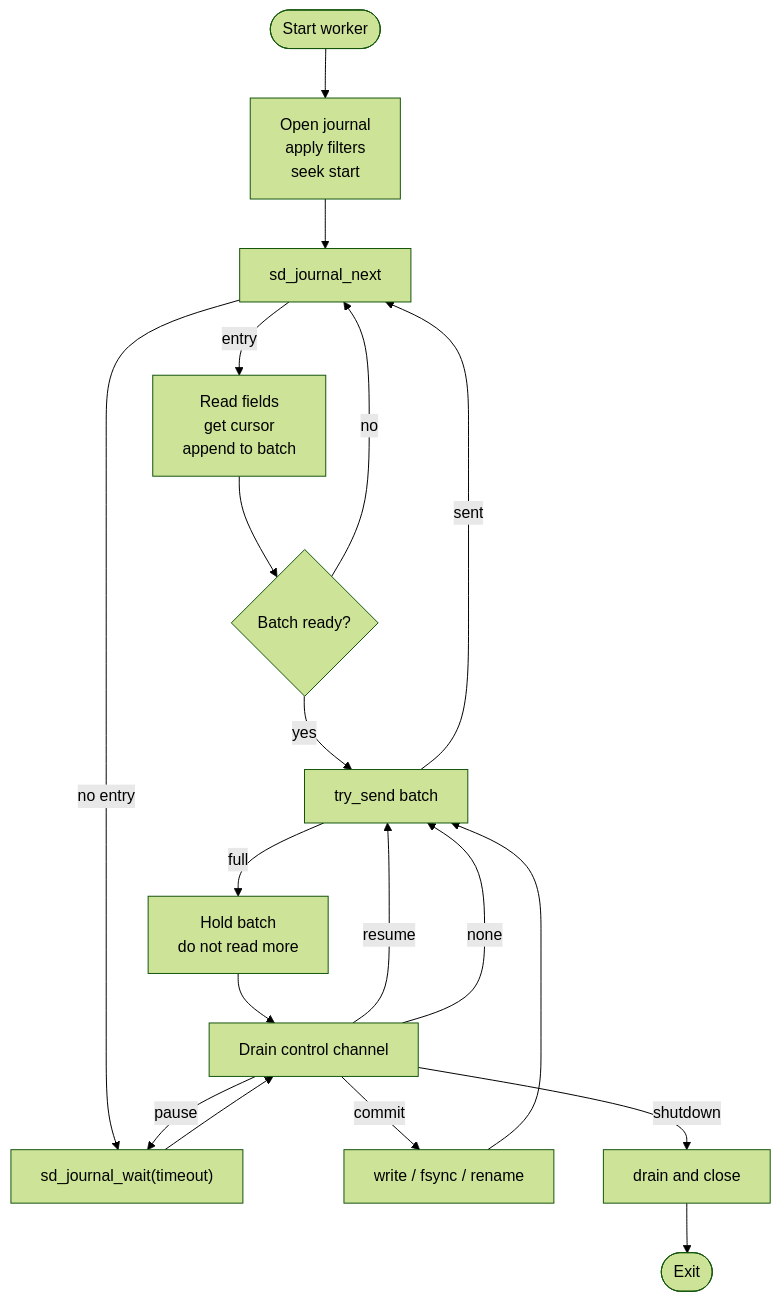
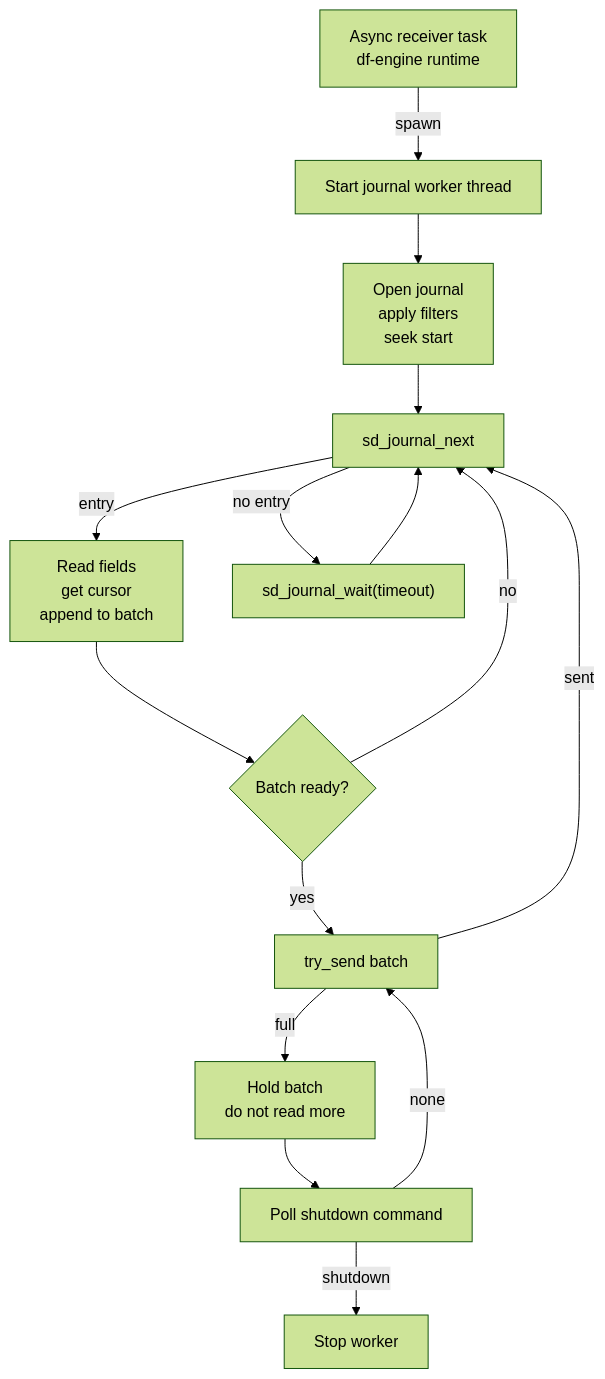
Before and after one commit to open-telemetry/otel-arrow: the second of 3 diagrams in rust/otap-dataflow/docs/journald-receiver.md, drawn with Mermaid (forest theme). The commit also changed other lines of this file, not shown here.

````diff
--- a/rust/otap-dataflow/docs/journald-receiver.md
+++ b/rust/otap-dataflow/docs/journald-receiver.md
@@ -121,21 +163,17 @@
 ```mermaid
 flowchart TD
-    Start([Start worker]) --> Init["Open journal<br/>apply filters<br/>seek start"]
+    Async["Async receiver task<br/>df-engine runtime"] -->|"spawn"| Start["Start journal worker thread"]
+    Start --> Init["Open journal<br/>apply filters<br/>seek start"]
     Init --> Next[sd_journal_next]
     Next -->|entry| Build["Read fields<br/>get cursor<br/>append to batch"]
     Next -->|no entry| Wait["sd_journal_wait(timeout)"]
-    Wait --> Control
+    Wait --> Next
     Build --> Ready{Batch ready?}
     Ready -->|no| Next
     Ready -->|yes| Send["try_send batch"]
     Send -->|sent| Next
     Send -->|full| Hold["Hold batch<br/>do not read more"]
-    Hold --> Control["Drain control channel"]
-    Control -->|commit| Commit["write / fsync / rename"]
-    Control -->|pause| Wait
-    Control -->|resume| Send
-    Control -->|shutdown| Drain["drain and close"]
-    Control -->|none| Send
-    Commit --> Send
-    Drain --> Done([Exit])
+    Hold --> PollShutdown["Poll shutdown command"]
+    PollShutdown -->|shutdown| Stop["Stop worker"]
+    PollShutdown -->|none| Send
 ```
````
